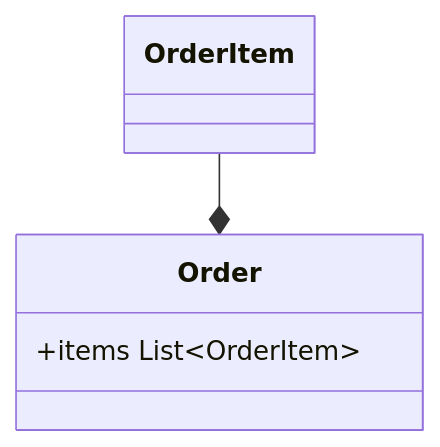
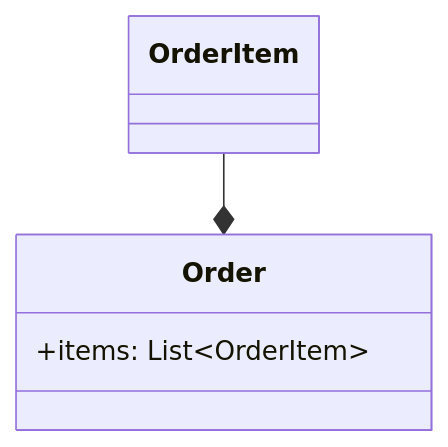
One commit to jappuccini/java-docs changed the ninth of 11 diagrams in docs/documentation/class-diagrams.mdx. Above: the diagram before and after it, drawn with Mermaid. The commit also changed other lines of this file and 2 other files, not shown here.

````diff
--- a/docs/documentation/class-diagrams.mdx
+++ b/docs/documentation/class-diagrams.mdx
@@ -208,7 +208,7 @@
 ```mermaid
 classDiagram
     OrderItem --* Order
     class Order {
-        +items List~OrderItem~
+        +items: List~OrderItem~
     }
 ```
````
